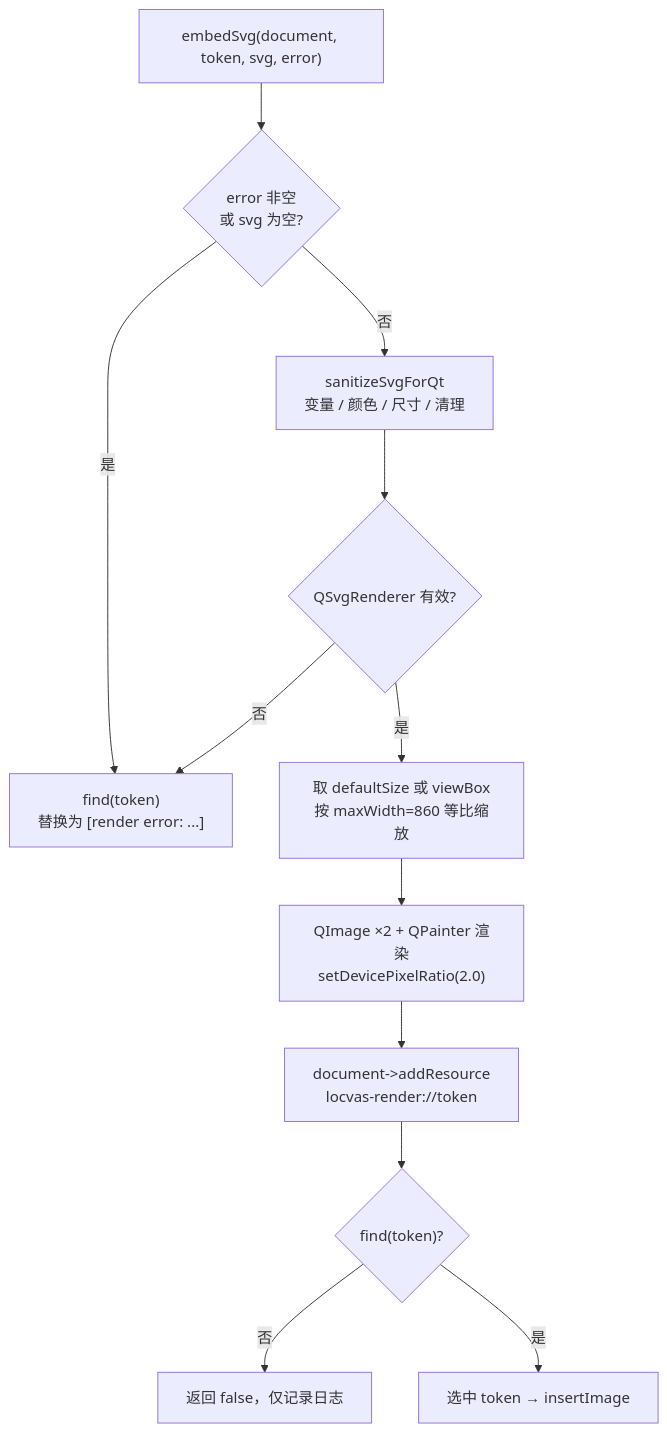
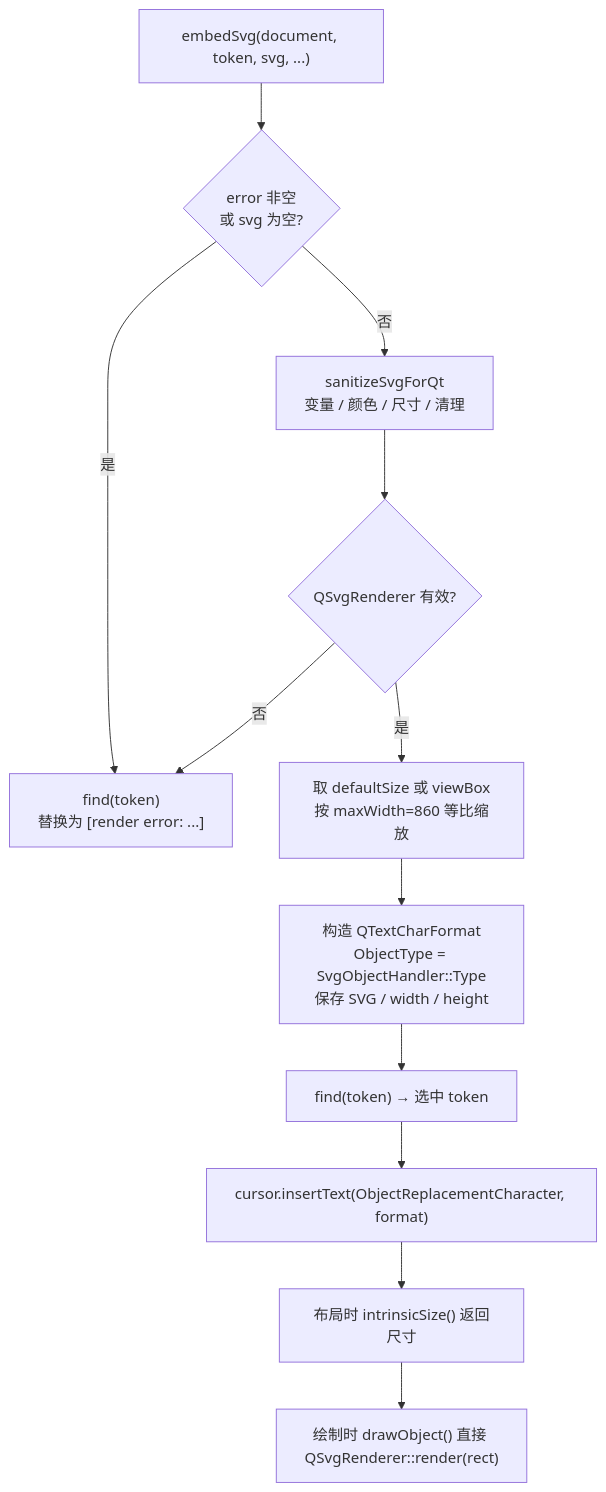
Before and after one commit to iLogIng/qt-rich-text-renderer: the fourth of 6 diagrams in docs/FLOW.md, drawn with Mermaid. The commit also changed other lines of this file and 24 other files, not shown here.

Commit message:
perf: use two process to lazy start the qjs surpport for mermaid and mathjax service. Use the Render Service to optimize the needed

````diff
--- a/docs/FLOW.md
+++ b/docs/FLOW.md
@@ -130,16 +128,15 @@
 ```mermaid
 flowchart TD
-    A["embedSvg(document, token, svg, error)"] --> B{"error 非空<br/>或 svg 为空?"}
+    A["embedSvg(document, token, svg, ...)"] --> B{"error 非空<br/>或 svg 为空?"}
 
     B -- 是 --> C["find(token)<br/>替换为 [render error: ...]"]
     B -- 否 --> D["sanitizeSvgForQt<br/>变量 / 颜色 / 尺寸 / 清理"]
-
     D --> E{"QSvgRenderer 有效?"}
     E -- 否 --> C
     E -- 是 --> F["取 defaultSize 或 viewBox<br/>按 maxWidth=860 等比缩放"]
-    F --> G["QImage ×2 + QPainter 渲染<br/>setDevicePixelRatio(2.0)"]
-    G --> H["document->addResource<br/>locvas-render://token"]
-    H --> I{"find(token)?"}
-    I -- 否 --> J["返回 false，仅记录日志"]
-    I -- 是 --> K["选中 token → insertImage"]
+    F --> G["构造 QTextCharFormat<br/>ObjectType = SvgObjectHandler::Type<br/>保存 SVG / width / height"]
+    G --> H["find(token) → 选中 token"]
+    H --> I["cursor.insertText(ObjectReplacementCharacter, format)"]
+    I --> J["布局时 intrinsicSize() 返回尺寸"]
+    J --> K["绘制时 drawObject() 直接 QSvgRenderer::render(rect)"]
 ```
````
